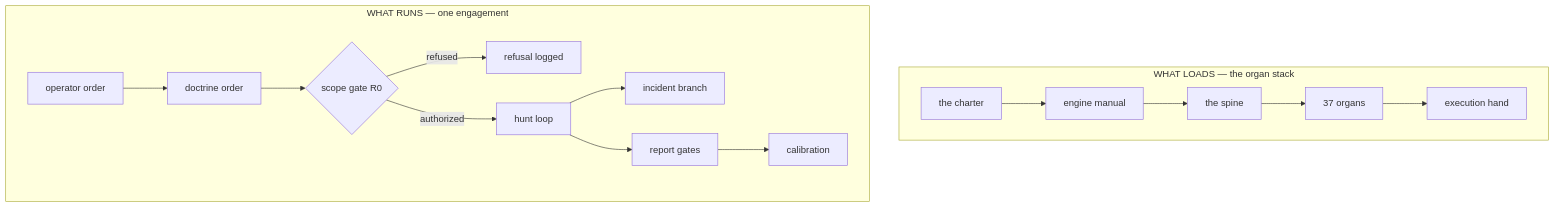
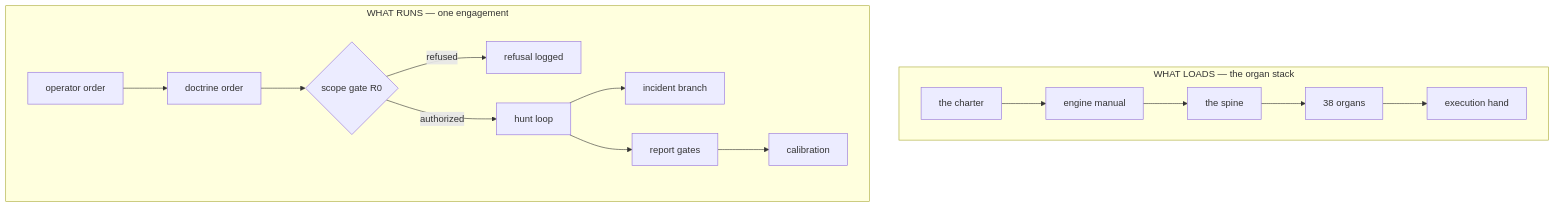
Before and after one commit to tatopfara67-ops/agentic-skills: the diagram in README.md, drawn with Mermaid. The commit also changed other lines of this file and 18 other files, not shown here.

````diff
--- a/README.md
+++ b/README.md
@@ -13,27 +13,27 @@
 ```mermaid
 flowchart TD
     subgraph LOAD["WHAT LOADS — the organ stack"]
         C["the charter"]
         E["engine manual"]
         S["the spine"]
-        O["37 organs"]
+        O["38 organs"]
         H["execution hand"]
         C --> E --> S --> O --> H
     end
 
     subgraph RUN["WHAT RUNS — one engagement"]
         A["operator order"]
         B["doctrine order"]
         G{"scope gate R0"}
         X["refusal logged"]
         L["hunt loop"]
         I["incident branch"]
         R["report gates"]
         K["calibration"]
         A --> B --> G
         G -->|refused| X
         G -->|authorized| L
         L --> I
         L --> R --> K
     end
 ```
````
